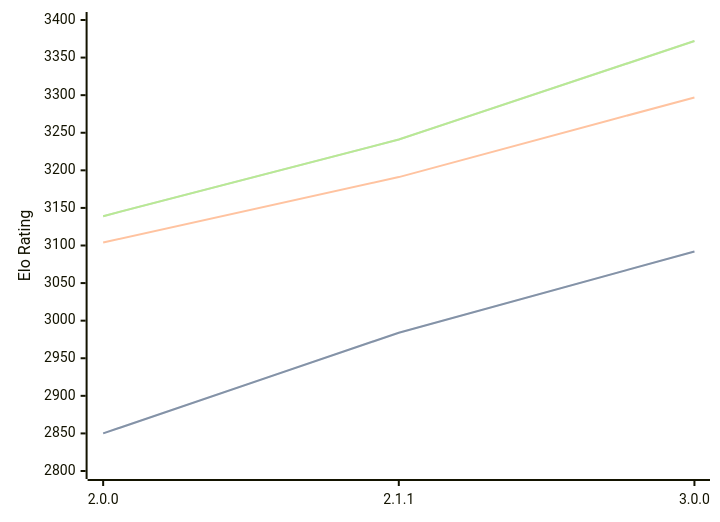
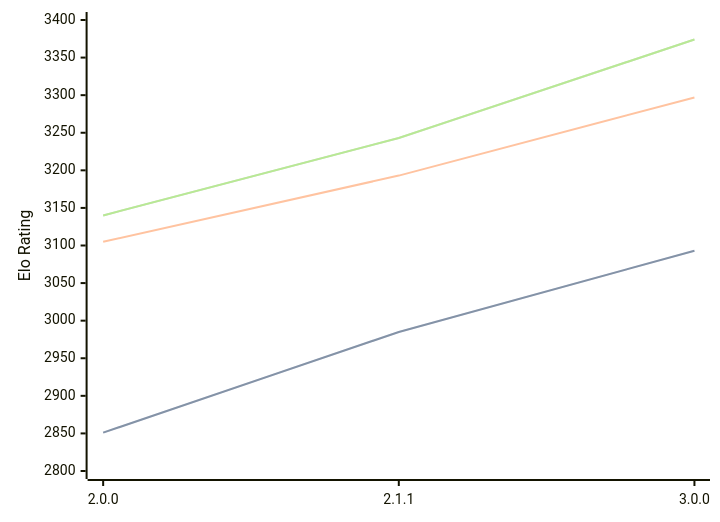
One commit to computer-chess-index/cci changed the diagram in engines/Bread.md. Above: the diagram before and after it, drawn with Mermaid. The commit also changed other lines of this file, not shown here.

Commit message:
Update CCI Ratings (ELO VLTC) - 2026-07-23

````diff
--- a/engines/Bread.md
+++ b/engines/Bread.md
@@ -53,11 +53,11 @@
 ```mermaid
 %%{init: {"theme":"base","themeVariables":{"seriesColors:['#a3a3a3','#222221','#faa371']}}}%%
 xychart-beta
   x-axis ["2.0.0", "2.1.1", "3.0.0"]
   y-axis "Elo Rating" 2800 --> 3400
-  line "STC (8.0+0.08s)" [2850, 2984, 3092]
-  line "STC (8.0+0.08s)" [2850, 2984, 3092]
-  line "LTC (60.0+0.60s)" [3104, 3191, 3297]
-  line "VLTC (2m24s+1.12s)" [3139, 3241, 3372]
-  line "VLTC (2m24s+1.12s)" [3139, 3241, 3372]
+  line "STC (8.0+0.08s)" [2851, 2985, 3093]
+  line "STC (8.0+0.08s)" [2851, 2985, 3093]
+  line "LTC (60.0+0.60s)" [3105, 3193, 3297]
+  line "VLTC (2m24s+1.12s)" [3140, 3243, 3374]
+  line "VLTC (2m24s+1.12s)" [3140, 3243, 3374]
 ```
````
